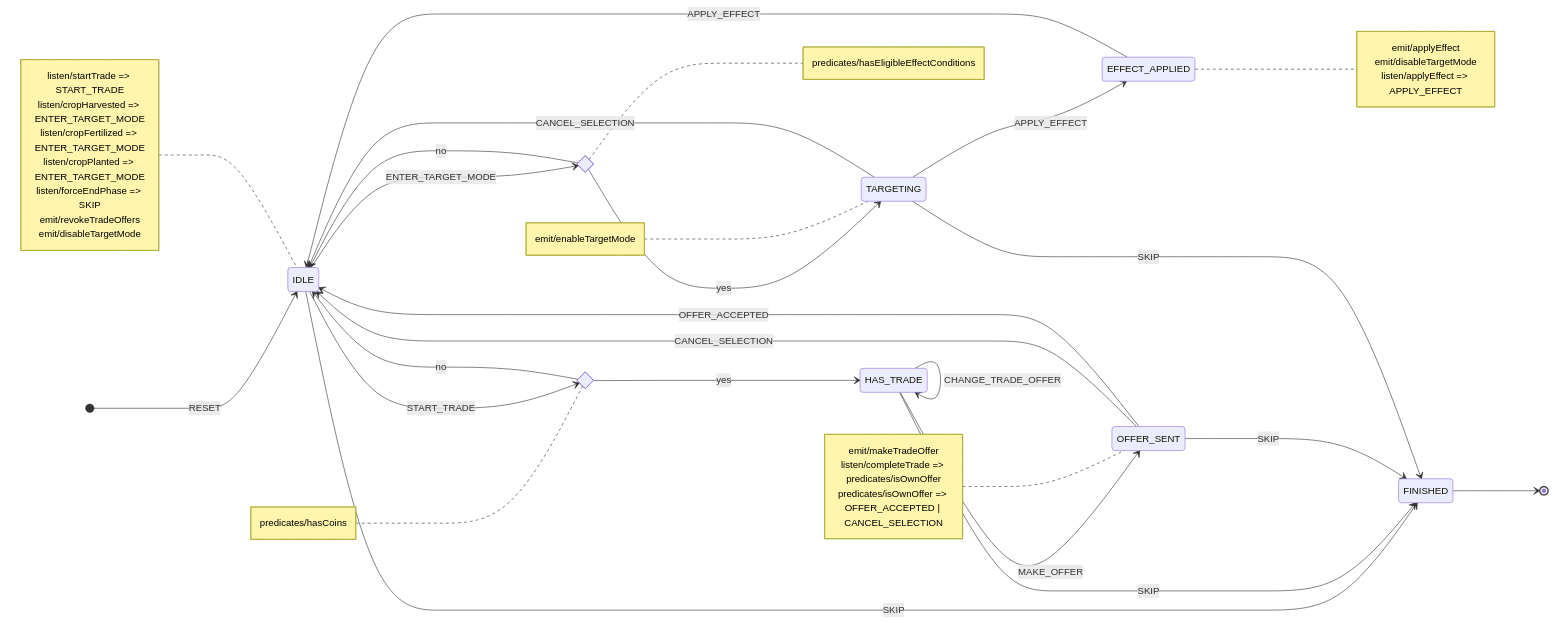
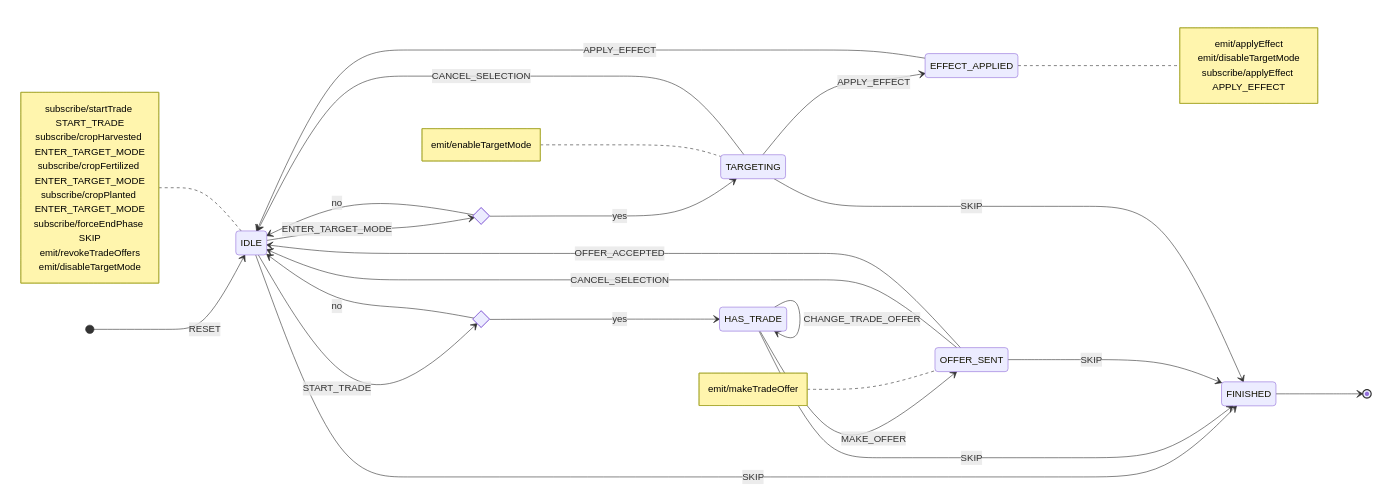
Diagram 12 of 12 in docs/diagrams.md (tfcp68/battle-farm), drawn with Mermaid before and after one commit. The commit also changed other lines of this file and 28 other files, not shown here.

Commit message:
extract mermaid diagrams, add script gen

````diff
--- a/docs/diagrams.md
+++ b/docs/diagrams.md
@@ -579,53 +553,45 @@
 ```mermaid
 stateDiagram-v2
     direction LR
     [*] --> IDLE: RESET
     IDLE --> FINISHED: SKIP
     note left of IDLE
-        listen/startTrade => START_TRADE
-        listen/cropHarvested => ENTER_TARGET_MODE
-        listen/cropFertilized => ENTER_TARGET_MODE
-        listen/cropPlanted => ENTER_TARGET_MODE
-        listen/forceEndPhase => SKIP
+        subscribe/startTrade START_TRADE
+        subscribe/cropHarvested ENTER_TARGET_MODE
+        subscribe/cropFertilized ENTER_TARGET_MODE
+        subscribe/cropPlanted ENTER_TARGET_MODE
+        subscribe/forceEndPhase SKIP
         emit/revokeTradeOffers
         emit/disableTargetMode
     end note
     state hasMoney <<choice>>
-    note left of hasMoney
-        predicates/hasCoins
-    end note
     IDLE --> hasMoney: START_TRADE
     hasMoney --> IDLE: no
     hasMoney --> HAS_TRADE: yes
     HAS_TRADE --> FINISHED: SKIP
     HAS_TRADE --> HAS_TRADE: CHANGE_TRADE_OFFER
     HAS_TRADE --> OFFER_SENT: MAKE_OFFER
     note left of OFFER_SENT
         emit/makeTradeOffer
-        listen/completeTrade => predicates/isOwnOffer
-        predicates/isOwnOffer => OFFER_ACCEPTED | CANCEL_SELECTION
     end note
     OFFER_SENT --> IDLE: CANCEL_SELECTION
     OFFER_SENT --> IDLE: OFFER_ACCEPTED
     OFFER_SENT --> FINISHED: SKIP
     state isAffected <<choice>>
-    note right of isAffected
-        predicates/hasEligibleEffectConditions
-    end note
     IDLE --> isAffected: ENTER_TARGET_MODE
     isAffected --> IDLE: no
     isAffected --> TARGETING: yes
     note left of TARGETING
         emit/enableTargetMode
     end note
     TARGETING --> IDLE: CANCEL_SELECTION
     TARGETING --> FINISHED: SKIP
     TARGETING --> EFFECT_APPLIED: APPLY_EFFECT
     note right of EFFECT_APPLIED
         emit/applyEffect
         emit/disableTargetMode
-        listen/applyEffect => APPLY_EFFECT
+        subscribe/applyEffect APPLY_EFFECT
     end note
     EFFECT_APPLIED --> IDLE: APPLY_EFFECT
     FINISHED --> [*]
 ```
````
